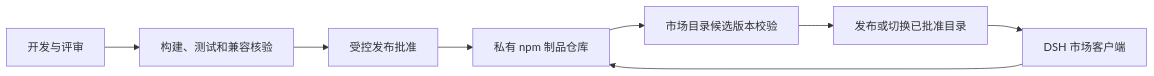
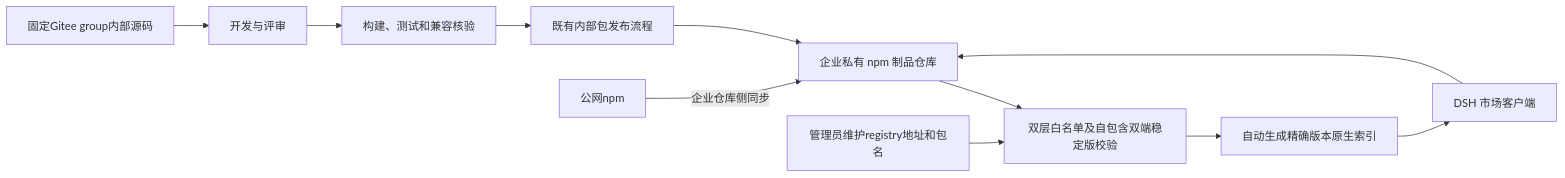
The diagram in docs/engineering/repository-structure-design.md (hrygo/heluo-forge), drawn with Mermaid before and after one commit. The commit also changed other lines of this file and 25 other files, not shown here.

````diff
--- a/docs/engineering/repository-structure-design.md
+++ b/docs/engineering/repository-structure-design.md
@@ -146,10 +146,13 @@
 ```mermaid
 flowchart LR
-  C[开发与评审] --> T[构建、测试和兼容核验]
-  T --> A[受控发布批准]
-  A --> R[私有 npm 制品仓库]
-  R --> I[市场目录候选版本校验]
-  I --> P[发布或切换已批准目录]
+  G[固定Gitee group内部源码] --> C[开发与评审]
+  C --> T[构建、测试和兼容核验]
+  T --> A[既有内部包发布流程]
+  A --> R[企业私有 npm 制品仓库]
+  U[公网npm] -->|企业仓库侧同步| R
+  R --> I[双层白名单及自包含双端稳定版校验]
+  W[管理员维护registry地址和包名] --> I
+  I --> P[自动生成精确版本原生索引]
   P --> D[DSH 市场客户端]
   D --> R
 ```
````
